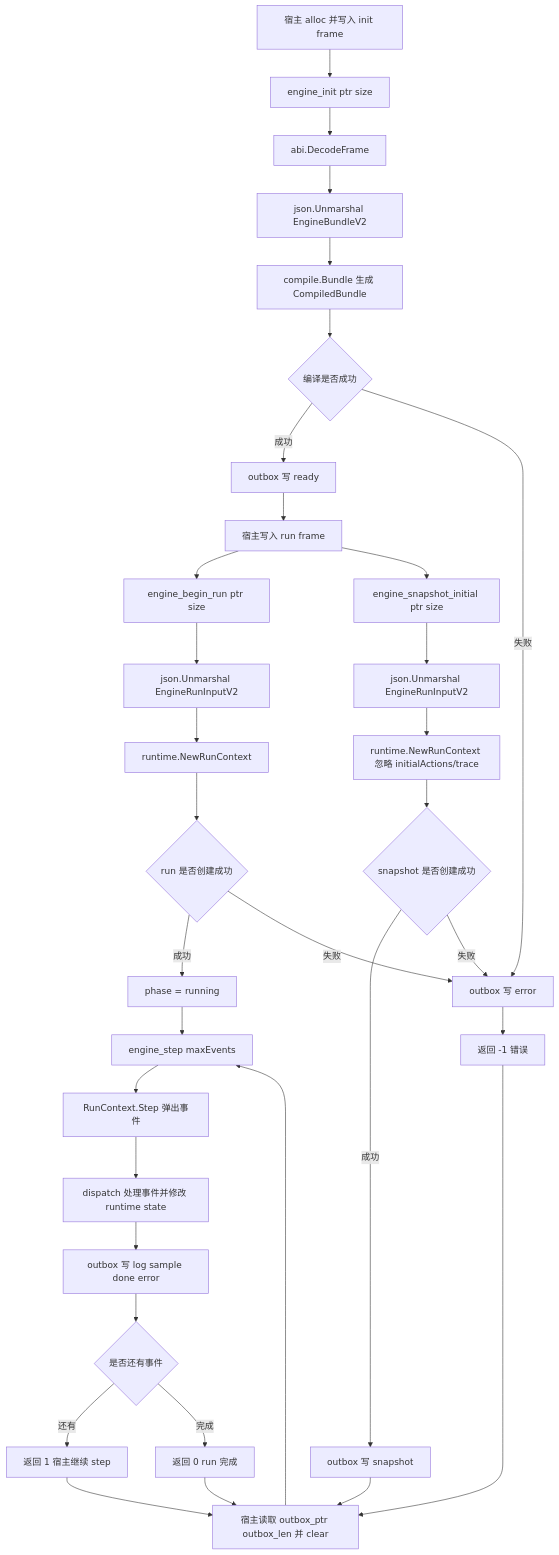
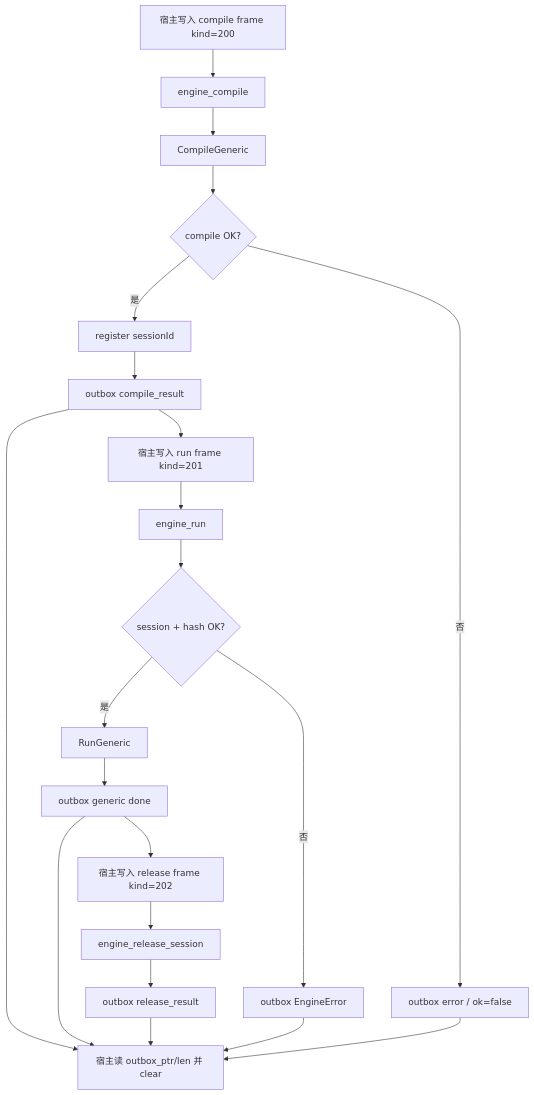
The second of 4 diagrams in wasm/tinygo_engine_v2/ARCHITECTURE.md (JeanbartBiubiu/damage_viewer_project_planning), drawn with Mermaid before and after one commit. The commit also changed other lines of this file and 64 other files, not shown here.

Commit message:
chore(planning): align canonical governance and generic ABI

````diff
--- a/wasm/tinygo_engine_v2/ARCHITECTURE.md
+++ b/wasm/tinygo_engine_v2/ARCHITECTURE.md
@@ -50,45 +44,28 @@
 ```mermaid
 graph TD
-    A["宿主 alloc 并写入 init frame"]
-    B["engine_init ptr size"]
-    C["abi.DecodeFrame"]
-    D["json.Unmarshal EngineBundleV2"]
-    E["compile.Bundle 生成 CompiledBundle"]
-    F{"编译是否成功"}
-    G["outbox 写 ready"]
-    H["outbox 写 error"]
-    I["宿主写入 run frame"]
-    J["engine_begin_run ptr size"]
-    J2["engine_snapshot_initial ptr size"]
-    K["json.Unmarshal EngineRunInputV2"]
-    L["runtime.NewRunContext"]
-    M{"run 是否创建成功"}
-    N["phase = running"]
-    K2["json.Unmarshal EngineRunInputV2"]
-    L2["runtime.NewRunContext 忽略 initialActions/trace"]
-    M2{"snapshot 是否创建成功"}
-    N2["outbox 写 snapshot"]
-    O["engine_step maxEvents"]
-    P["RunContext.Step 弹出事件"]
-    Q["dispatch 处理事件并修改 runtime state"]
-    R["outbox 写 log sample done error"]
-    S{"是否还有事件"}
-    T["返回 1 宿主继续 step"]
-    U["返回 0 run 完成"]
-    V["返回 -1 错误"]
-    W["宿主读取 outbox_ptr outbox_len 并 clear"]
+    A["宿主写入 compile frame kind=200"]
+    B["engine_compile"]
+    C["CompileGeneric"]
+    D{"compile OK?"}
+    E["register sessionId"]
+    F["outbox compile_result"]
+    G["outbox error / ok=false"]
+    H["宿主写入 run frame kind=201"]
+    I["engine_run"]
+    J{"session + hash OK?"}
+    K["RunGeneric"]
+    L["outbox generic done"]
+    M["outbox EngineError"]
+    N["宿主写入 release frame kind=202"]
+    O["engine_release_session"]
+    P["outbox release_result"]
+    Q["宿主读 outbox_ptr/len 并 clear"]
 
-    A --> B --> C --> D --> E --> F
-    F -->|成功| G
-    F -->|失败| H
-    G --> I
-    I --> J --> K --> L --> M
-    I --> J2 --> K2 --> L2 --> M2
-    M -->|成功| N --> O --> P --> Q --> R --> S
-    M -->|失败| H
-    M2 -->|成功| N2 --> W
-    M2 -->|失败| H
-    S -->|还有| T --> W --> O
-    S -->|完成| U --> W
-    H --> V --> W
+    A --> B --> C --> D
+    D -->|是| E --> F --> Q
+    D -->|否| G --> Q
+    F --> H --> I --> J
+    J -->|是| K --> L --> Q
+    J -->|否| M --> Q
+    L --> N --> O --> P --> Q
 ```
````
